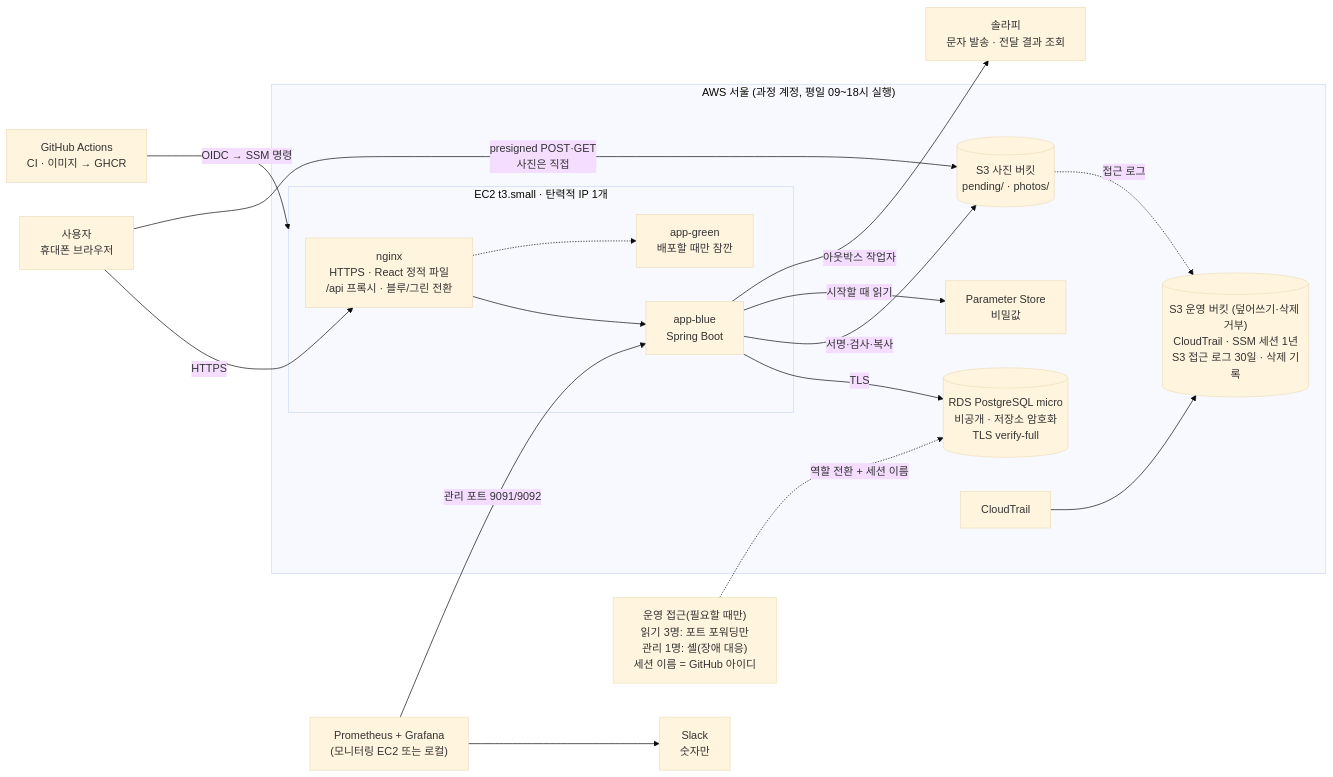
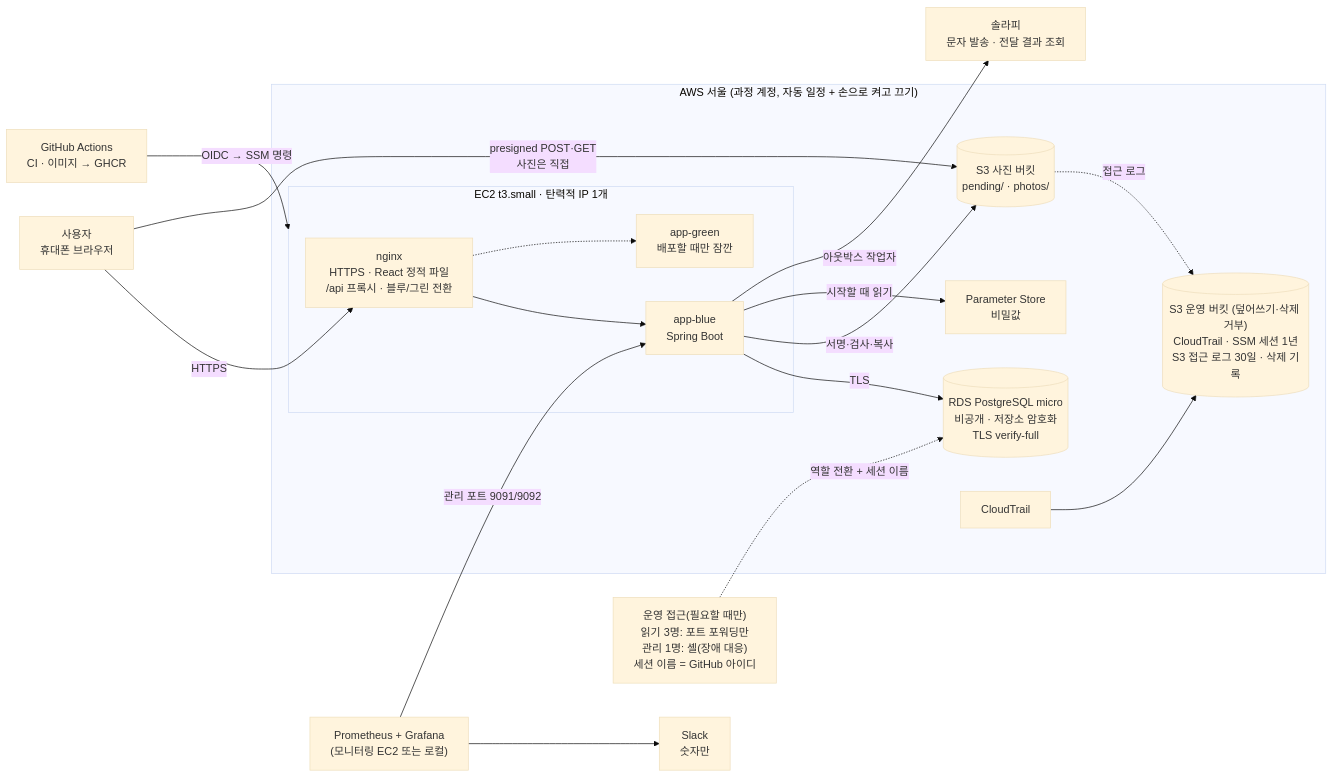
The diagram in docs/rules/04-인프라-아키텍처.md (prgrms-be-devcourse/NBE12-14-final-homestamp), drawn with Mermaid (base theme) before and after one commit. The commit also changed other lines of this file and 6 other files, not shown here.

````diff
--- a/docs/rules/04-인프라-아키텍처.md
+++ b/docs/rules/04-인프라-아키텍처.md
@@ -11,36 +11,36 @@
 ```mermaid
 flowchart LR
     U["사용자<br/>휴대폰 브라우저"]
-    subgraph AWS["AWS 서울 (과정 계정, 평일 09~18시 실행)"]
+    subgraph AWS["AWS 서울 (과정 계정, 자동 일정 + 손으로 켜고 끄기)"]
         subgraph EC2["EC2 t3.small · 탄력적 IP 1개"]
             NG["nginx<br/>HTTPS · React 정적 파일<br/>/api 프록시 · 블루/그린 전환"]
             B["app-blue<br/>Spring Boot"]
             G["app-green<br/>배포할 때만 잠깐"]
         end
         RDS[("RDS PostgreSQL micro<br/>비공개 · 저장소 암호화<br/>TLS verify-full")]
         S3P[("S3 사진 버킷<br/>pending/ · photos/")]
         S3L[("S3 운영 버킷 (덮어쓰기·삭제 거부)<br/>CloudTrail · SSM 세션 1년<br/>S3 접근 로그 30일 · 삭제 기록")]
         PS["Parameter Store<br/>비밀값"]
         CT["CloudTrail"]
     end
     SOL["솔라피<br/>문자 발송 · 전달 결과 조회"]
     GH["GitHub Actions<br/>CI · 이미지 → GHCR"]
     OPS["운영 접근(필요할 때만)<br/>읽기 3명: 포트 포워딩만<br/>관리 1명: 셸(장애 대응)<br/>세션 이름 = GitHub 아이디"]
     MON["Prometheus + Grafana<br/>(모니터링 EC2 또는 로컬)"]
     SL["Slack<br/>숫자만"]
 
     U -- "HTTPS" --> NG
     NG --> B
     NG -.-> G
     U -- "presigned POST·GET<br/>사진은 직접" --> S3P
     B -- "TLS" --> RDS
     B -- "서명·검사·복사" --> S3P
     B -- "시작할 때 읽기" --> PS
     B -- "아웃박스 작업자" --> SOL
     GH -- "OIDC → SSM 명령" --> EC2
     OPS -. "역할 전환 + 세션 이름" .-> RDS
     CT --> S3L
     S3P -. "접근 로그" .-> S3L
     MON -- "관리 포트 9091/9092" --> B
     MON --> SL
 ```
````
